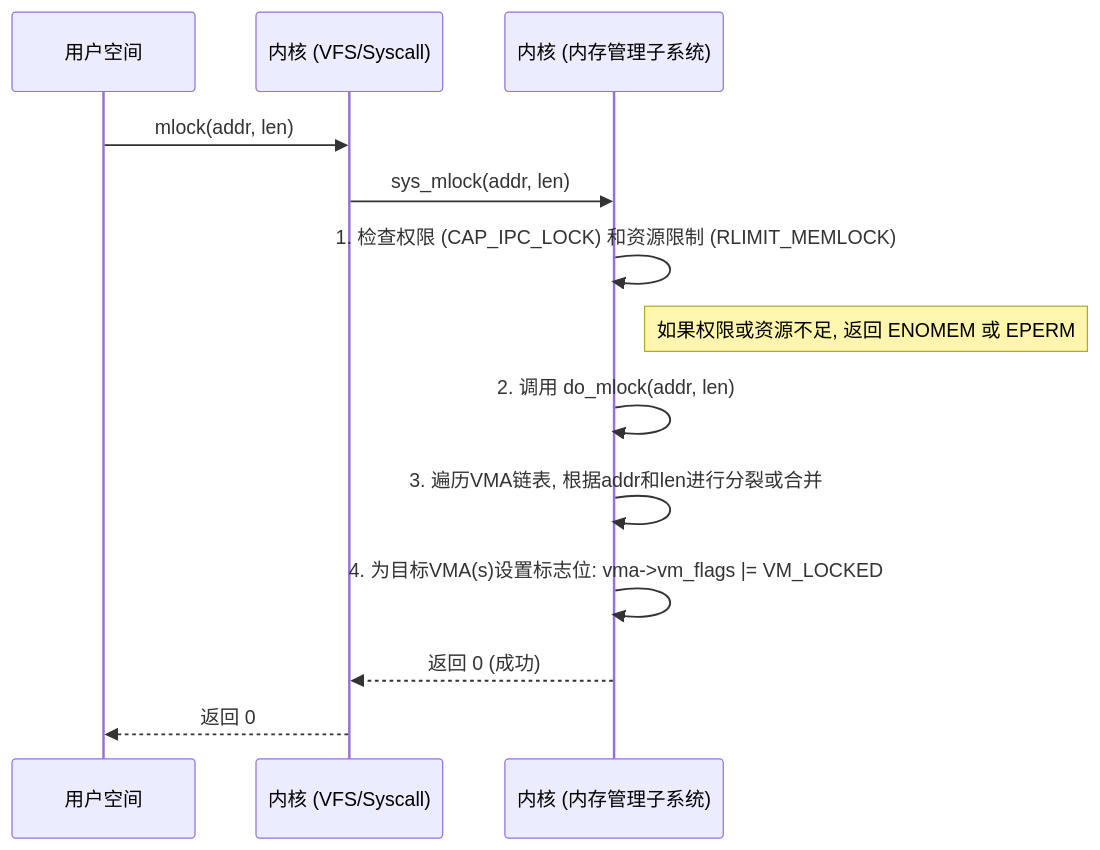
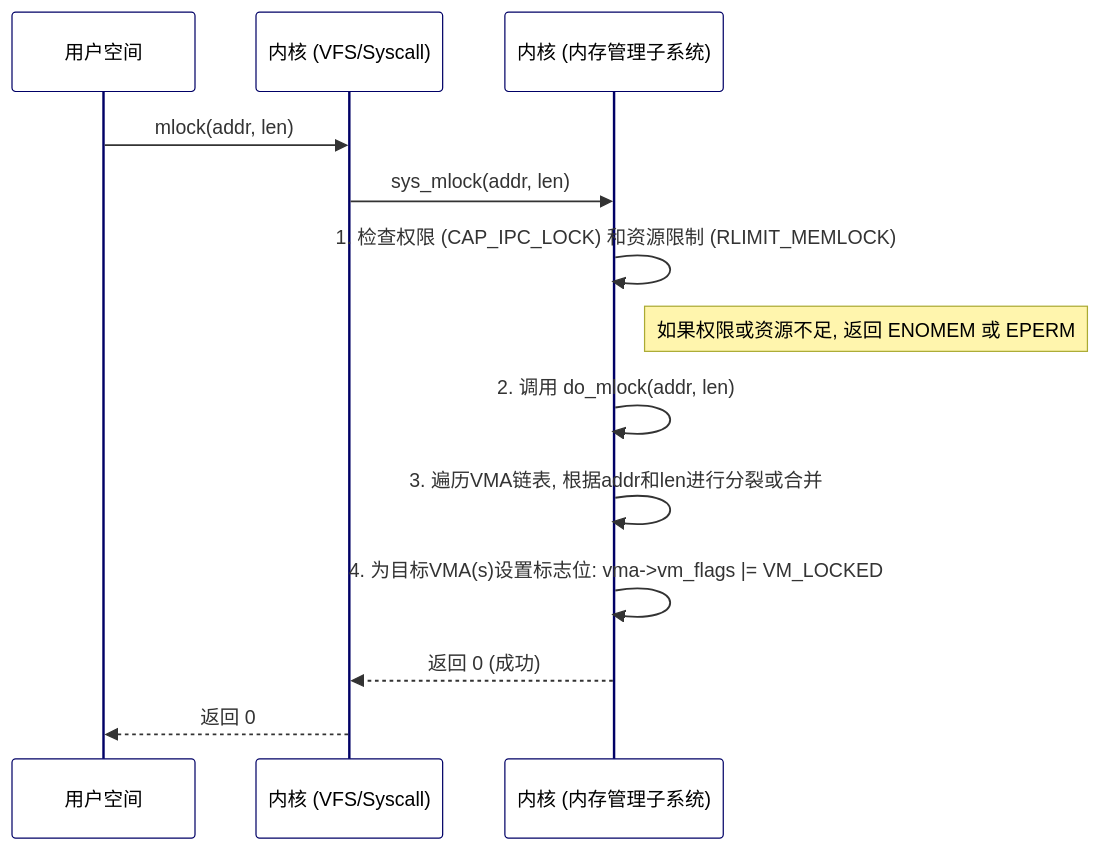
Before and after one commit to ffutop/ffutop.github.io: the diagram in content/posts/2025-11-20-memlock.md, drawn with Mermaid. The commit also changed other lines of this file, not shown here.

````diff
--- a/content/posts/2025-11-20-memlock.md
+++ b/content/posts/2025-11-20-memlock.md
@@ -157,16 +120,17 @@
 ```mermaid
+%%{init: { "themeVariables": { "actorBkg": "#ffffff", "actorBorder": "#000066", "actorLineColor": "#000066"}}}%%
 sequenceDiagram
     participant UserSpace as 用户空间
     participant Kernel as 内核 (VFS/Syscall)
     participant MM as 内核 (内存管理子系统)
 
     UserSpace->>Kernel: mlock(addr, len)
     Kernel->>MM: sys_mlock(addr, len)
     MM->>MM: 1. 检查权限 (CAP_IPC_LOCK) 和资源限制 (RLIMIT_MEMLOCK)
     Note right of MM: 如果权限或资源不足, 返回 ENOMEM 或 EPERM
     MM->>MM: 2. 调用 do_mlock(addr, len)
     MM->>MM: 3. 遍历VMA链表, 根据addr和len进行分裂或合并
     MM->>MM: 4. 为目标VMA(s)设置标志位: vma->vm_flags |= VM_LOCKED
     MM-->>Kernel: 返回 0 (成功)
     Kernel-->>UserSpace: 返回 0
 ```
````
